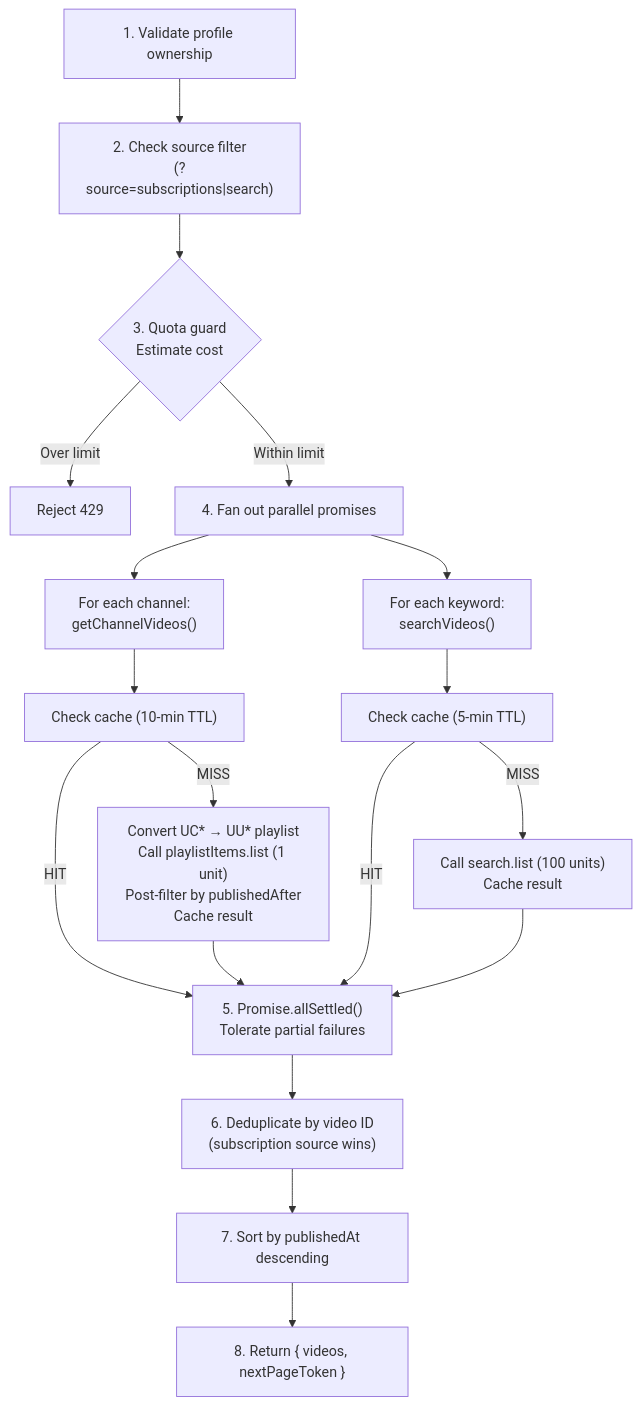
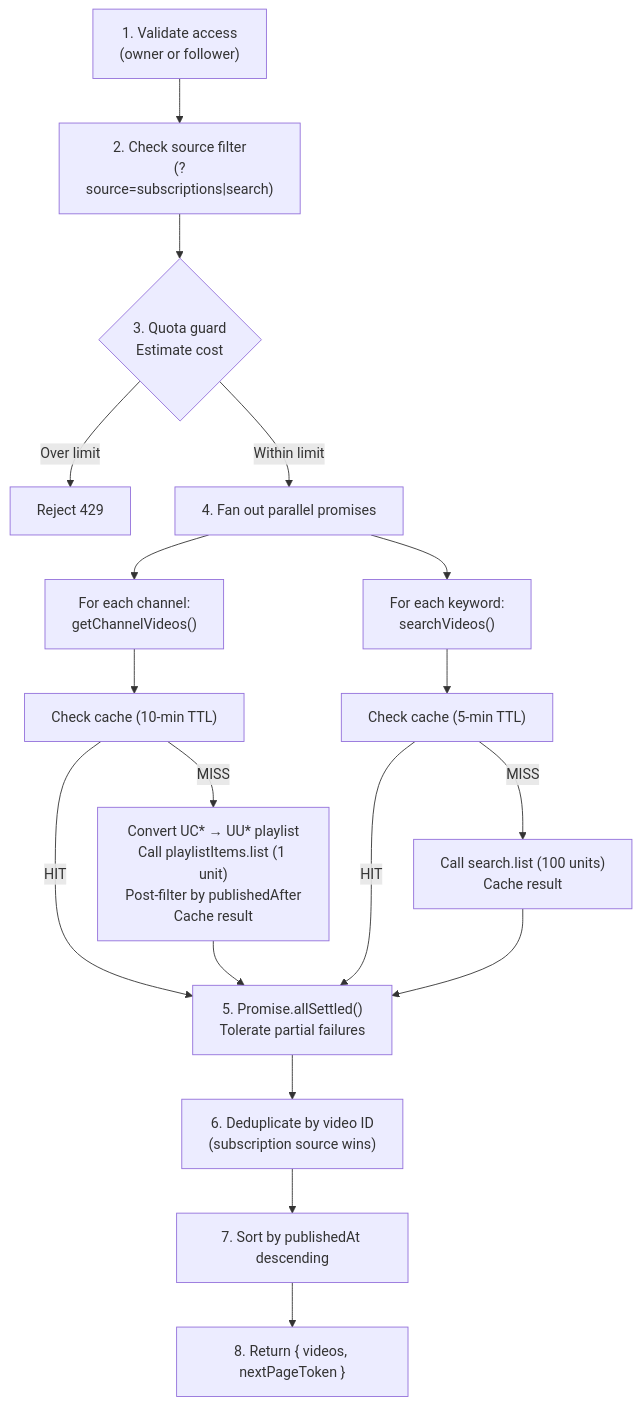
The fourth of 8 diagrams in ARCHITECTURE.md (ricardocovo/focused-tube), drawn with Mermaid before and after one commit. The commit also changed other lines of this file and 31 other files, not shown here.

````diff
--- a/ARCHITECTURE.md
+++ b/ARCHITECTURE.md
@@ -329,25 +346,25 @@
 ```mermaid
 flowchart TB
-    A["1. Validate profile ownership"] --> B["2. Check source filter\n(?source=subscriptions|search)"]
+    A["1. Validate access\n(owner or follower)"] --> B["2. Check source filter\n(?source=subscriptions|search)"]
     B --> C{"3. Quota guard\nEstimate cost"}
     C -- "Over limit" --> Reject["Reject 429"]
     C -- "Within limit" --> D["4. Fan out parallel promises"]
 
     D --> E["For each channel:\ngetChannelVideos()"]
     D --> F["For each keyword:\nsearchVideos()"]
 
     E --> E1["Check cache (10-min TTL)"]
     E1 -- "MISS" --> E2["Convert UC* → UU* playlist\nCall playlistItems.list (1 unit)\nPost-filter by publishedAfter\nCache result"]
 
     F --> F1["Check cache (5-min TTL)"]
     F1 -- "MISS" --> F2["Call search.list (100 units)\nCache result"]
 
     E1 -- "HIT" --> G["5. Promise.allSettled()\nTolerate partial failures"]
     E2 --> G
     F1 -- "HIT" --> G
     F2 --> G
 
     G --> H["6. Deduplicate by video ID\n(subscription source wins)"]
     H --> I["7. Sort by publishedAt descending"]
     I --> J["8. Return { videos, nextPageToken }"]
 ```
````
